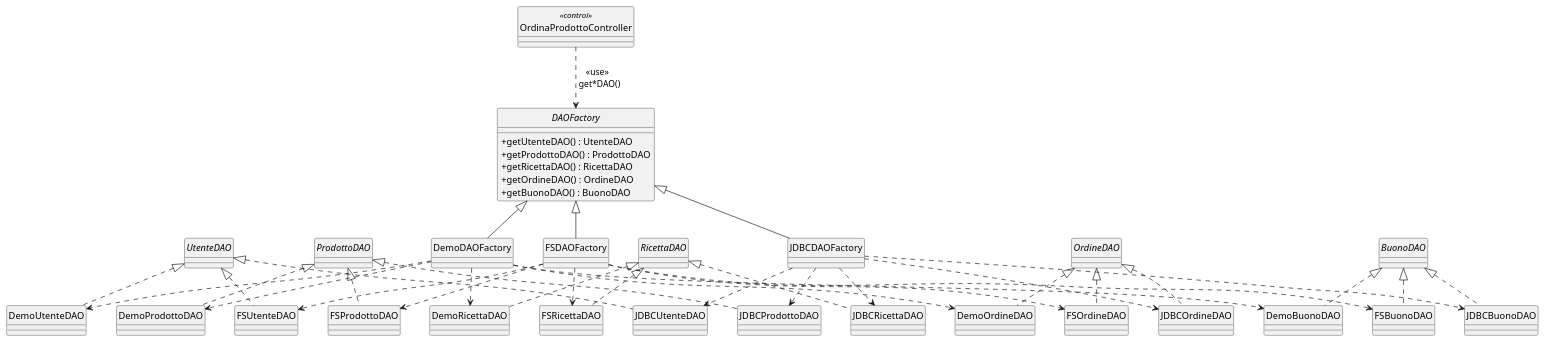
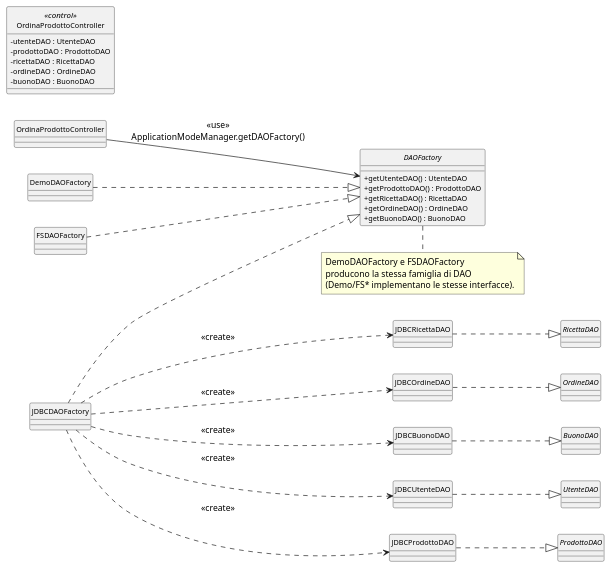
The diagram in docs/relazione_italiana/figures/dl_factory.puml (Damiano-o/ciboamico), drawn with PlantUML before and after one commit. The commit also changed 3 other files, not shown here.

Commit message:
docs: design-level DAO Abstract Factory in stile conciso 30/30 (Cardify) — DAOFactory astratta + concrete factory + interfacce DAO

```diff
--- a/docs/relazione_italiana/figures/dl_factory.puml
+++ b/docs/relazione_italiana/figures/dl_factory.puml
@@ -1,68 +1,77 @@
 @startuml
 skinparam style strictuml
 skinparam classAttributeIconSize 0
-skinparam nodesep 45
-skinparam ranksep 55
-' Abstract Factory - persistenza (NFR-01): factory intercambiabili a runtime
-abstract class "DAOFactory" as DF {
+skinparam nodesep 40
+skinparam ranksep 50
+skinparam classFontSize 12
+skinparam classAttributeFontSize 11
+left to right direction
+
+' ============================================================
+' Design-level — DAO Abstract Factory (NFR-01 persistenza)
+' Stile conciso (come progetti 30/30): factory astratta,
+' concrete factory + interfacce DAO, frecce <<create>> esplicite.
+' ============================================================
+
+' ---------- Client (control) ----------
+class "OrdinaProdottoController" as CTL <<control>> {
+  - utenteDAO : UtenteDAO
+  - prodottoDAO : ProdottoDAO
+  - ricettaDAO : RicettaDAO
+  - ordineDAO : OrdineDAO
+  - buonoDAO : BuonoDAO
+}
+
+' ---------- Abstract Factory ----------
+interface "DAOFactory" {
   + getUtenteDAO() : UtenteDAO
   + getProdottoDAO() : ProdottoDAO
   + getRicettaDAO() : RicettaDAO
   + getOrdineDAO() : OrdineDAO
   + getBuonoDAO() : BuonoDAO
 }
 
-class "OrdinaProdottoController" as CTL <<control>>
-CTL ..> DF : <<use>> \n get*DAO()
+class "DemoDAOFactory"
+class "FSDAOFactory"
+class "JDBCDAOFactory"
+DemoDAOFactory ..|> DAOFactory
+FSDAOFactory  ..|> DAOFactory
+JDBCDAOFactory ..|> DAOFactory
 
-
-class "DemoDAOFactory" as DemoF
-class "FSDAOFactory" as FSF
-class "JDBCDAOFactory" as JDBCF
-DemoF -up-|> DF
-FSF -up-|> DF
-JDBCF -up-|> DF
-
+' ---------- Abstract Products (DAO) ----------
 interface "UtenteDAO"
 interface "ProdottoDAO"
 interface "RicettaDAO"
 interface "OrdineDAO"
 interface "BuonoDAO"
 
-' ciascuna concrete factory crea i prodotti concreti della propria famiglia
-DemoF ..> "DemoUtenteDAO"
-DemoF ..> "DemoProdottoDAO"
-DemoF ..> "DemoRicettaDAO"
-DemoF ..> "DemoOrdineDAO"
-DemoF ..> "DemoBuonoDAO"
+' ---------- Concrete Products (una famiglia esemplificativa, per concisione) ----------
+class "JDBCUtenteDAO"
+class "JDBCProdottoDAO"
+class "JDBCRicettaDAO"
+class "JDBCOrdineDAO"
+class "JDBCBuonoDAO"
+JDBCUtenteDAO ..|> UtenteDAO
+JDBCProdottoDAO ..|> ProdottoDAO
+JDBCRicettaDAO ..|> RicettaDAO
+JDBCOrdineDAO ..|> OrdineDAO
+JDBCBuonoDAO ..|> BuonoDAO
 
-FSF ..> "FSUtenteDAO"
-FSF ..> "FSProdottoDAO"
-FSF ..> "FSRicettaDAO"
-FSF ..> "FSOrdineDAO"
-FSF ..> "FSBuonoDAO"
+' ---------- relazioni: controller -> factory -> prodotti ----------
+OrdinaProdottoController --> DAOFactory : <<use>>\nApplicationModeManager.getDAOFactory()
+JDBCDAOFactory ..> JDBCUtenteDAO : <<create>>
+JDBCDAOFactory ..> JDBCProdottoDAO : <<create>>
+JDBCDAOFactory ..> JDBCRicettaDAO : <<create>>
+JDBCDAOFactory ..> JDBCOrdineDAO : <<create>>
+JDBCDAOFactory ..> JDBCBuonoDAO : <<create>>
 
-JDBCF ..> "JDBCUtenteDAO"
-JDBCF ..> "JDBCProdottoDAO"
-JDBCF ..> "JDBCRicettaDAO"
-JDBCF ..> "JDBCOrdineDAO"
-JDBCF ..> "JDBCBuonoDAO"
+' i DAO concrete per le altre famiglie sono omessi per concisione
+' (stessa struttura di JDBC)
 
-' realizzazione dei prodotti astratti
-DemoUtenteDAO .up.|> UtenteDAO
-FSUtenteDAO .up.|> UtenteDAO
-JDBCUtenteDAO .up.|> UtenteDAO
-DemoProdottoDAO .up.|> ProdottoDAO
-FSProdottoDAO .up.|> ProdottoDAO
-JDBCProdottoDAO .up.|> ProdottoDAO
-DemoRicettaDAO .up.|> RicettaDAO
-FSRicettaDAO .up.|> RicettaDAO
-JDBCRicettaDAO .up.|> RicettaDAO
-DemoOrdineDAO .up.|> OrdineDAO
-FSOrdineDAO .up.|> OrdineDAO
-JDBCOrdineDAO .up.|> OrdineDAO
-DemoBuonoDAO .up.|> BuonoDAO
-FSBuonoDAO .up.|> BuonoDAO
-JDBCBuonoDAO .up.|> BuonoDAO
+note bottom of DAOFactory
+  DemoDAOFactory e FSDAOFactory
+  producono la stessa famiglia di DAO
+  (Demo/FS* implementano le stesse interfacce).
+end note
 
 @enduml
```
